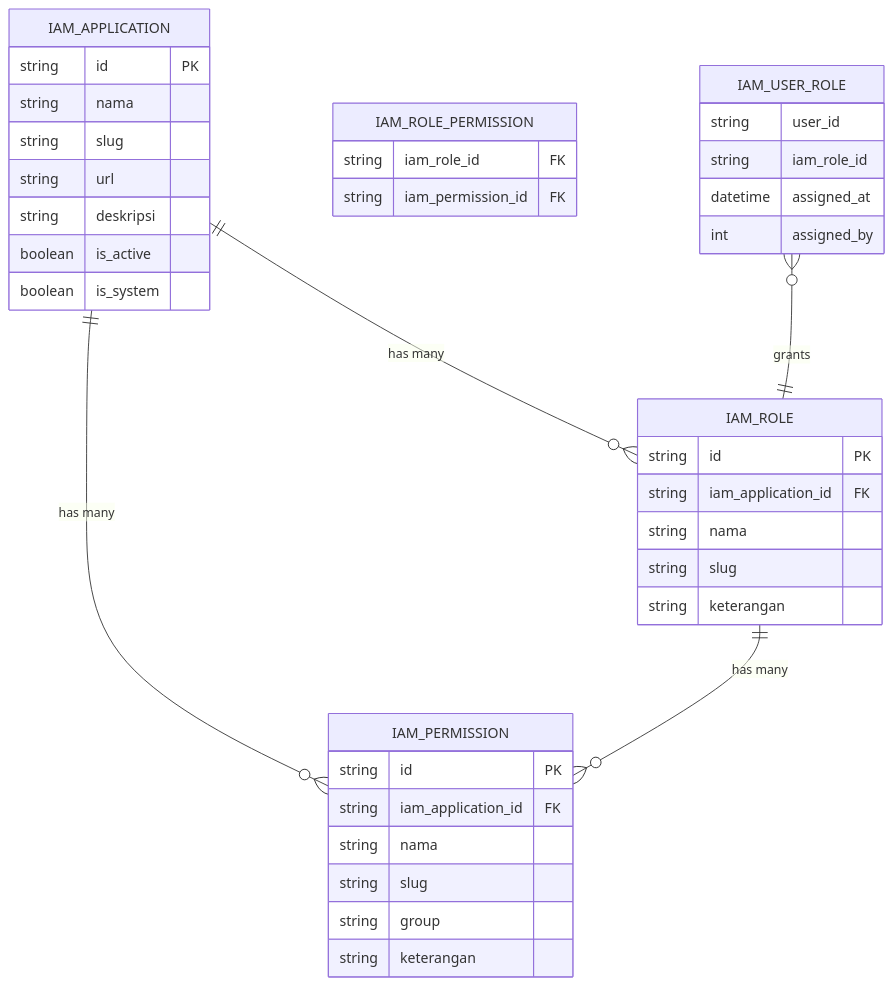
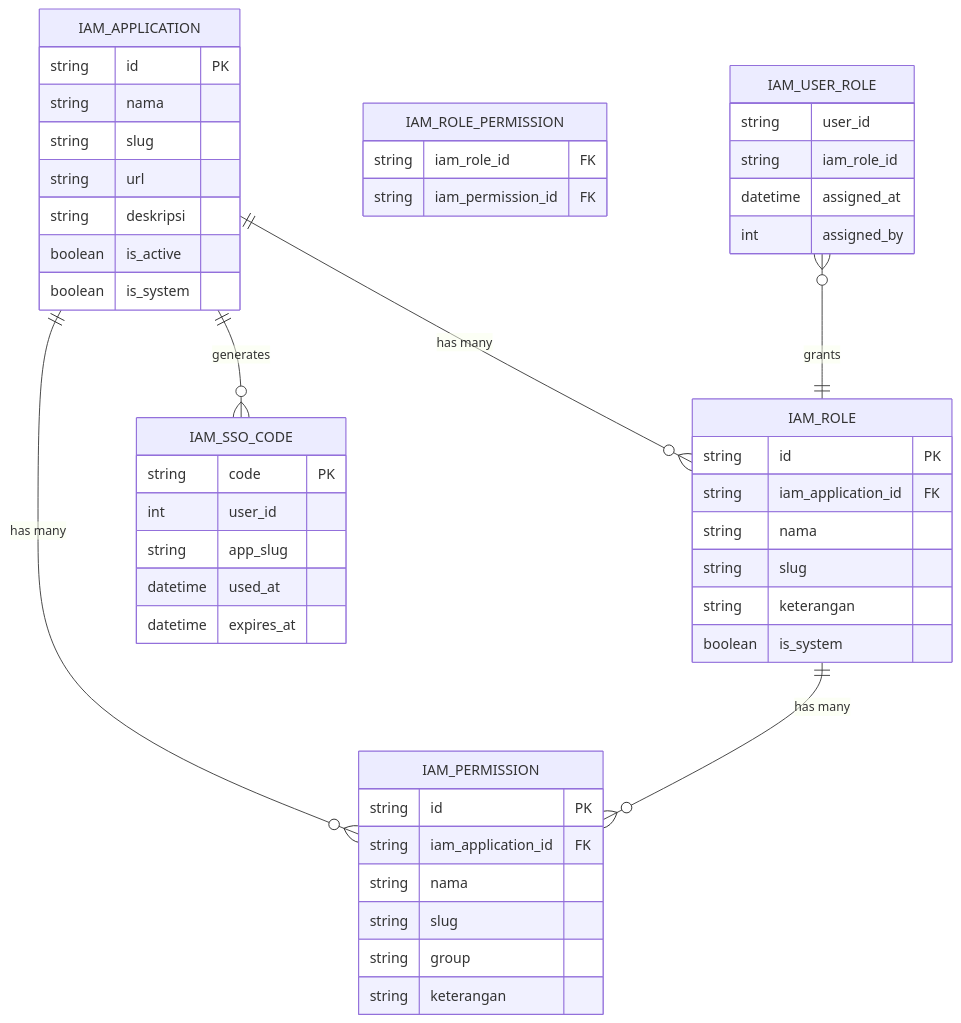
One commit to PA-Penajam/kepegawaian_apps changed the ninth of 9 diagrams in .qoder/repowiki/en/content/API Documentation/IAM Authentication API.md. Above: the diagram before and after it, drawn with Mermaid. The commit also changed other lines of this file and 13 other files, not shown here.

````diff
--- a/.qoder/repowiki/en/content/API Documentation/IAM Authentication API.md
+++ b/.qoder/repowiki/en/content/API Documentation/IAM Authentication API.md
@@ -509,41 +969,50 @@
 ```mermaid
 erDiagram
 IAM_APPLICATION {
 string id PK
 string nama
 string slug
 string url
 string deskripsi
 boolean is_active
 boolean is_system
 }
 IAM_PERMISSION {
 string id PK
 string iam_application_id FK
 string nama
 string slug
 string group
 string keterangan
 }
 IAM_ROLE {
 string id PK
 string iam_application_id FK
 string nama
 string slug
 string keterangan
+boolean is_system
 }
 IAM_ROLE_PERMISSION {
 string iam_role_id FK
 string iam_permission_id FK
 }
 IAM_USER_ROLE {
 string user_id
 string iam_role_id
 datetime assigned_at
 int assigned_by
 }
+IAM_SSO_CODE {
+string code PK
+int user_id
+string app_slug
+datetime used_at
+datetime expires_at
+}
 IAM_APPLICATION ||--o{ IAM_PERMISSION : "has many"
 IAM_APPLICATION ||--o{ IAM_ROLE : "has many"
 IAM_ROLE ||--o{ IAM_PERMISSION : "has many"
 IAM_USER_ROLE }o--|| IAM_ROLE : "grants"
+IAM_APPLICATION ||--o{ IAM_SSO_CODE : "generates"
 ```
````
